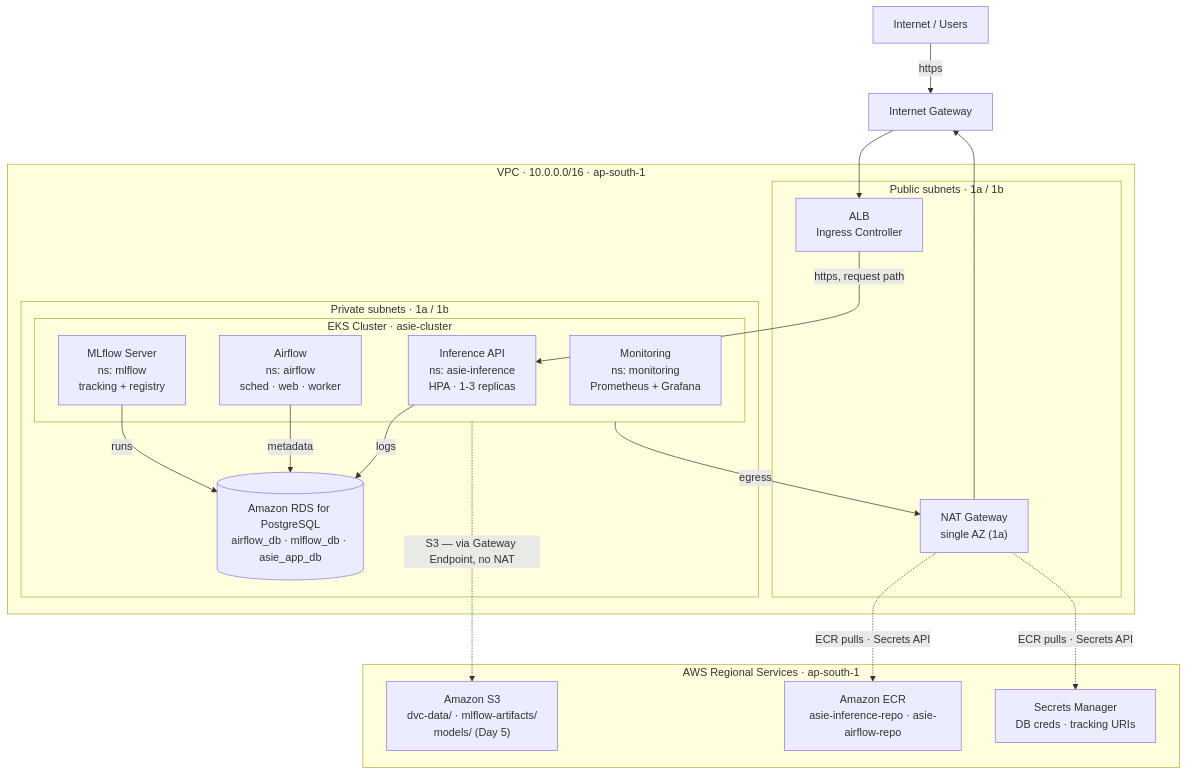
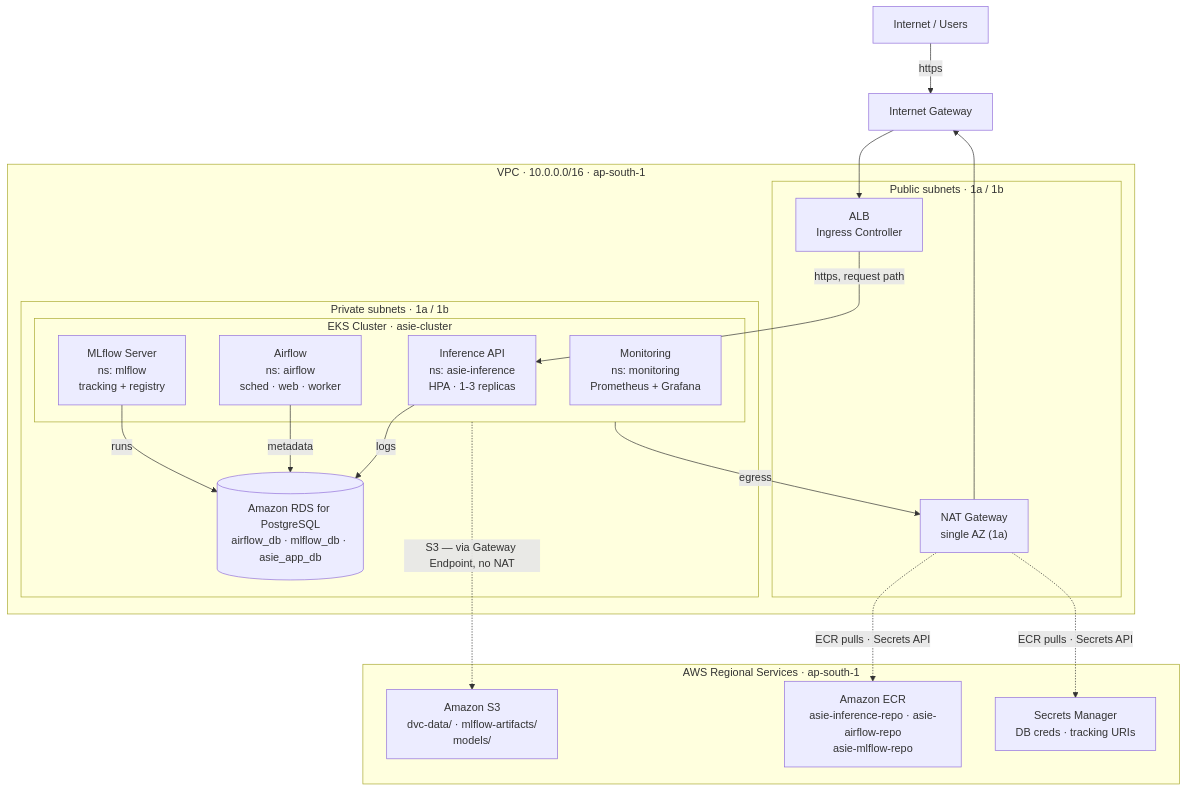
One commit to sharjeel6392/asie changed the second of 2 diagrams in AWS_ARCHITECTURE.md. Above: the diagram before and after it, drawn with Mermaid. The commit also changed other lines of this file and 12 other files, not shown here.

First line of the commit message:
day 4+5: mlflow chart, dvc s3 remote, asie.sh rewrite, arch doc update

````diff
--- a/AWS_ARCHITECTURE.md
+++ b/AWS_ARCHITECTURE.md
@@ -56,40 +56,40 @@
 ```mermaid
 flowchart TB
     Internet["Internet / Users"] -->|https| IGW["Internet Gateway"]
 
     subgraph VPC["VPC · 10.0.0.0/16 · ap-south-1"]
         subgraph Public["Public subnets · 1a / 1b"]
             ALB["ALB<br/>Ingress Controller"]
             NAT["NAT Gateway<br/>single AZ (1a)"]
         end
 
         subgraph Private["Private subnets · 1a / 1b"]
             subgraph EKS["EKS Cluster · asie-cluster"]
                 Inference["Inference API<br/>ns: asie-inference<br/>HPA · 1-3 replicas"]
                 AirflowK8s["Airflow<br/>ns: airflow<br/>sched · web · worker"]
                 MLflowK8s["MLflow Server<br/>ns: mlflow<br/>tracking + registry"]
                 Monitoring["Monitoring<br/>ns: monitoring<br/>Prometheus + Grafana"]
             end
             RDS[("Amazon RDS for PostgreSQL<br/>airflow_db · mlflow_db · asie_app_db")]
         end
     end
 
     subgraph Regional["AWS Regional Services · ap-south-1"]
-        S3["Amazon S3<br/>dvc-data/ · mlflow-artifacts/<br/>models/ (Day 5)"]
-        ECR["Amazon ECR<br/>asie-inference-repo · asie-airflow-repo"]
+        S3["Amazon S3<br/>dvc-data/ · mlflow-artifacts/<br/>models/"]
+        ECR["Amazon ECR<br/>asie-inference-repo · asie-airflow-repo<br/>asie-mlflow-repo"]
         Secrets["Secrets Manager<br/>DB creds · tracking URIs"]
     end
 
     IGW --> ALB
     ALB -->|https, request path| Inference
     EKS -->|egress| NAT
     NAT --> IGW
 
     Inference -->|logs| RDS
     AirflowK8s -->|metadata| RDS
     MLflowK8s -->|runs| RDS
 
     EKS -.->|"S3 — via Gateway Endpoint, no NAT"| S3
     NAT -.->|"ECR pulls · Secrets API"| ECR
     NAT -.->|"ECR pulls · Secrets API"| Secrets
 ```
````
